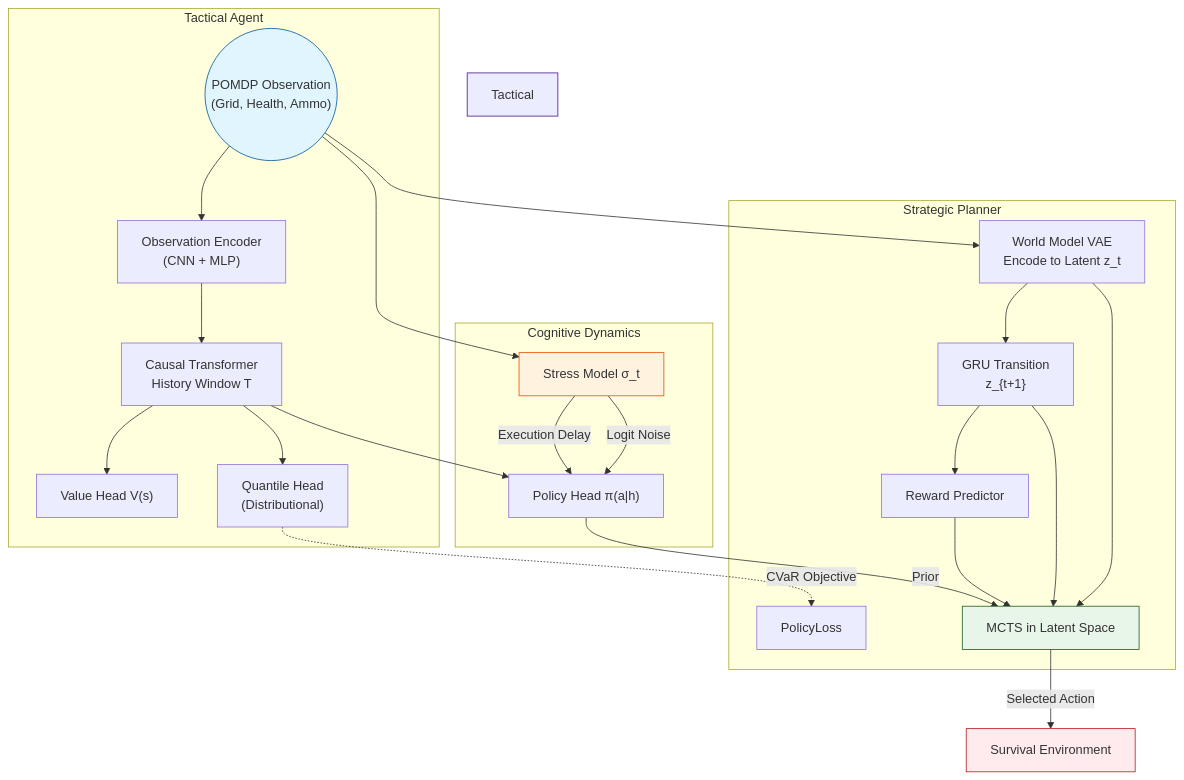
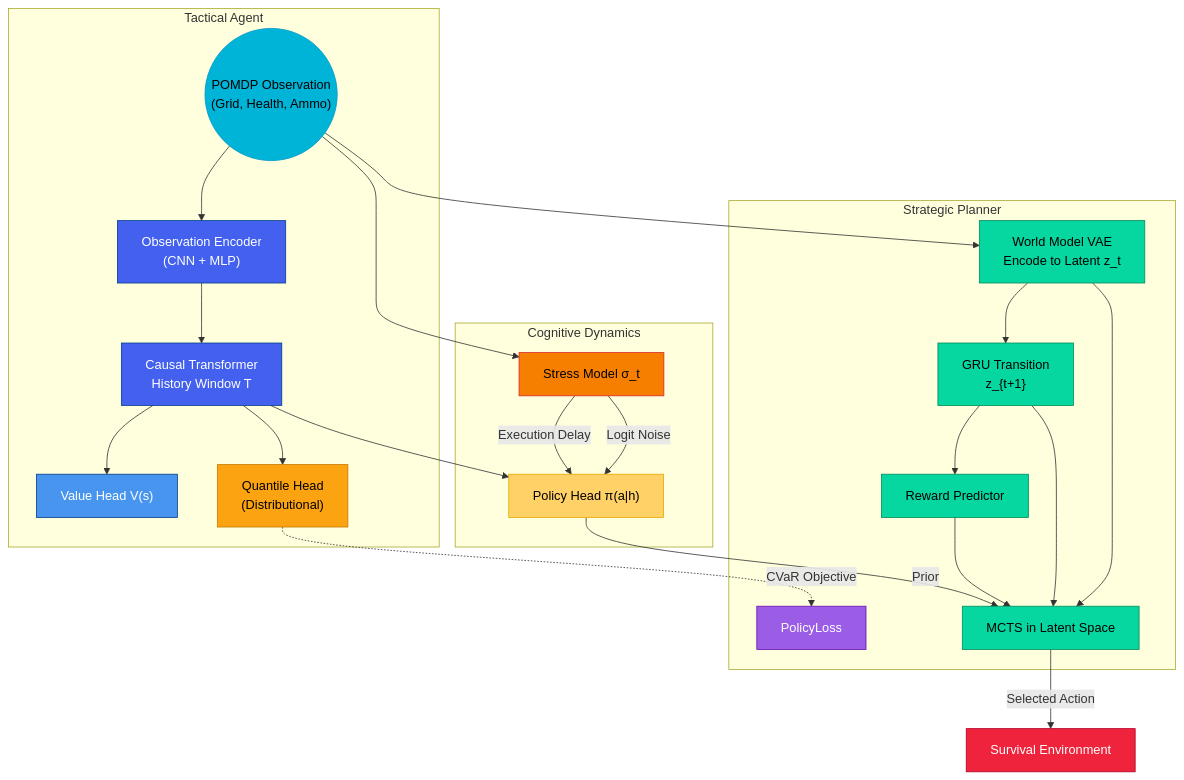
Before and after one commit to DeveshR011/Wesker-Ai: the first of 3 diagrams in README.md, drawn with Mermaid. The commit also changed other lines of this file, not shown here.

````diff
--- a/README.md
+++ b/README.md
@@ -77,43 +77,51 @@
 ```mermaid
 flowchart TD
     Obs(("POMDP Observation
     (Grid, Health, Ammo)")) --> Stress["Stress Model σ_t"]
     
     subgraph Cognitive Dynamics
         Stress -->|Logit Noise| PolicyLayer
         Stress -->|Execution Delay| PolicyLayer
     end
 
     subgraph Tactical Agent
         Obs --> Enc["Observation Encoder
         (CNN + MLP)"]
         Enc --> CausalTrans["Causal Transformer
         History Window T"]
         CausalTrans --> PolicyLayer["Policy Head π(a|h)"]
         CausalTrans --> ValueHead["Value Head V(s)"]
         CausalTrans --> QuantileHead["Quantile Head
         (Distributional)"]
     end
     
     subgraph Strategic Planner
         QuantileHead -.->|"CVaR Objective"| PolicyLoss
         Obs --> VAE["World Model VAE
         Encode to Latent z_t"]
         VAE --> LatentTrans["GRU Transition
         z_{t+1}"]
         LatentTrans --> RewardPred["Reward Predictor"]
         
         VAE --> MCTS["MCTS in Latent Space"]
         LatentTrans --> MCTS
         RewardPred --> MCTS
     end
     
     PolicyLayer -->|"Prior"| MCTS
     MCTS -->|"Selected Action"| Env["Survival Environment"]
     
-    style Obs fill:#e1f5fe,stroke:#01579b
-    style Stress fill:#fff3e0,stroke:#e65100
-    style Tactical Agent fill:#f3e5f5,stroke:#4a148c
-    style MCTS fill:#e8f5e9,stroke:#1b5e20
-    style Env fill:#ffebee,stroke:#b71c1c
+    style Obs fill:#00b4d8,stroke:#0096c7,color:#000
+    style Stress fill:#f77f00,stroke:#d62828,color:#000
+    style Enc fill:#4361ee,stroke:#023e8a,color:#fff
+    style CausalTrans fill:#4361ee,stroke:#023e8a,color:#fff
+    style PolicyLayer fill:#ffd166,stroke:#e9a800,color:#000
+    style ValueHead fill:#4895ef,stroke:#023e8a,color:#fff
+    style QuantileHead fill:#fca311,stroke:#c77700,color:#000
+    style PolicyLoss fill:#9b5de5,stroke:#6a0dad,color:#fff
+    style VAE fill:#06d6a0,stroke:#028a5b,color:#000
+    style LatentTrans fill:#06d6a0,stroke:#028a5b,color:#000
+    style RewardPred fill:#06d6a0,stroke:#028a5b,color:#000
+    style MCTS fill:#06d6a0,stroke:#028a5b,color:#000
+    style Env fill:#ef233c,stroke:#b5002a,color:#fff
 ```
````
